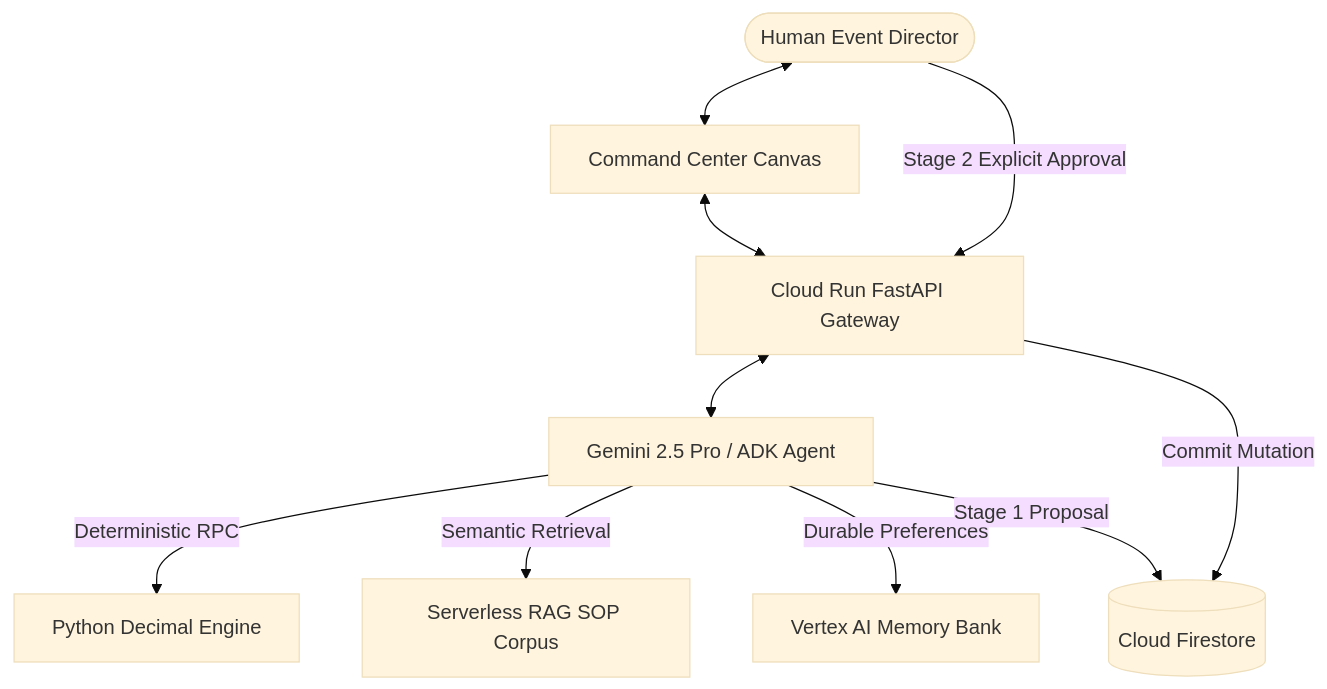
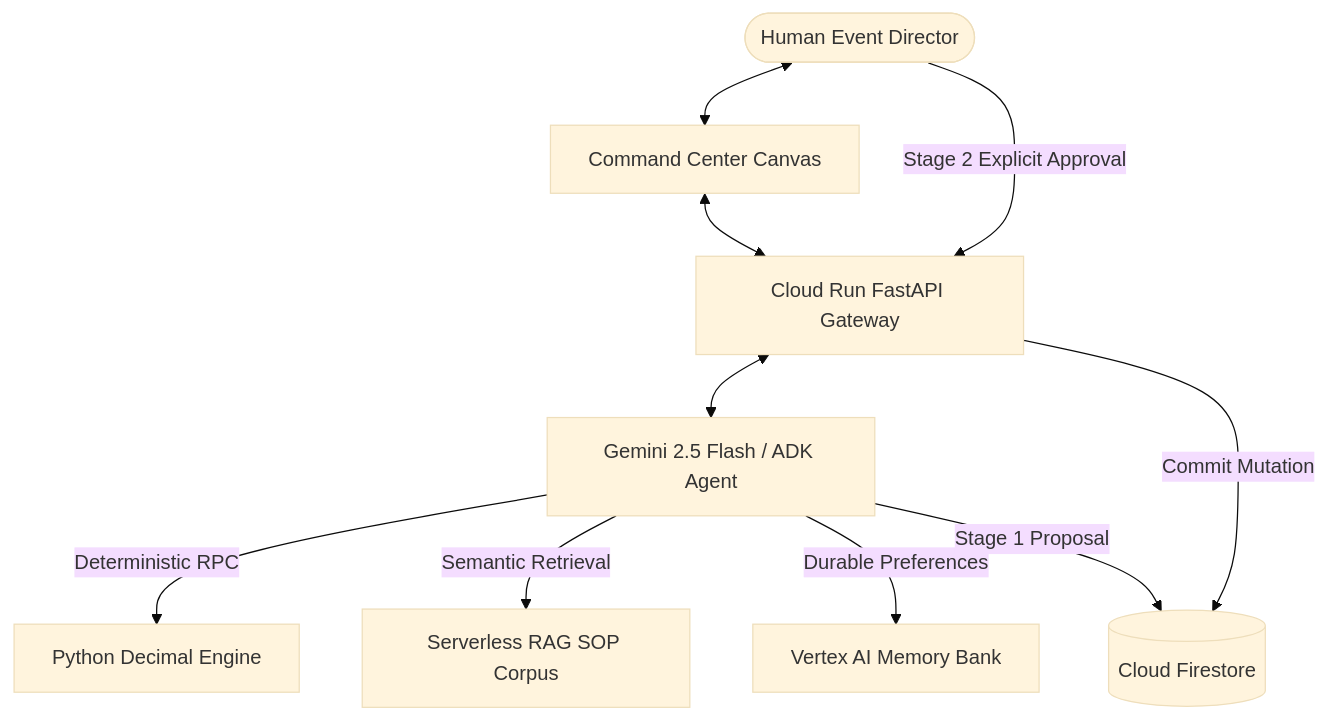
The diagram in docs/PORTFOLIO_CASE_STUDY.md (fzinnah17/buildwithgemini-eventops-ai), drawn with Mermaid (base theme) before and after one commit. The commit also changed other lines of this file and 3 other files, not shown here.

````diff
--- a/docs/PORTFOLIO_CASE_STUDY.md
+++ b/docs/PORTFOLIO_CASE_STUDY.md
@@ -42,14 +42,14 @@
 ```mermaid
 flowchart TD
     User([Human Event Director]) <--> UI[Command Center Canvas]
     UI <--> Proxy[Cloud Run FastAPI Gateway]
-    Proxy <--> Agent[Gemini 2.5 Pro / ADK Agent]
+    Proxy <--> Agent[Gemini 2.5 Flash / ADK Agent]
     
     Agent --> |Deterministic RPC| Calc[Python Decimal Engine]
     Agent --> |Semantic Retrieval| RAG[Serverless RAG SOP Corpus]
     Agent --> |Durable Preferences| Memory[Vertex AI Memory Bank]
     
     Agent --> |Stage 1 Proposal| DB[(Cloud Firestore)]
     User --> |Stage 2 Explicit Approval| Proxy
     Proxy --> |Commit Mutation| DB
 ```
````
